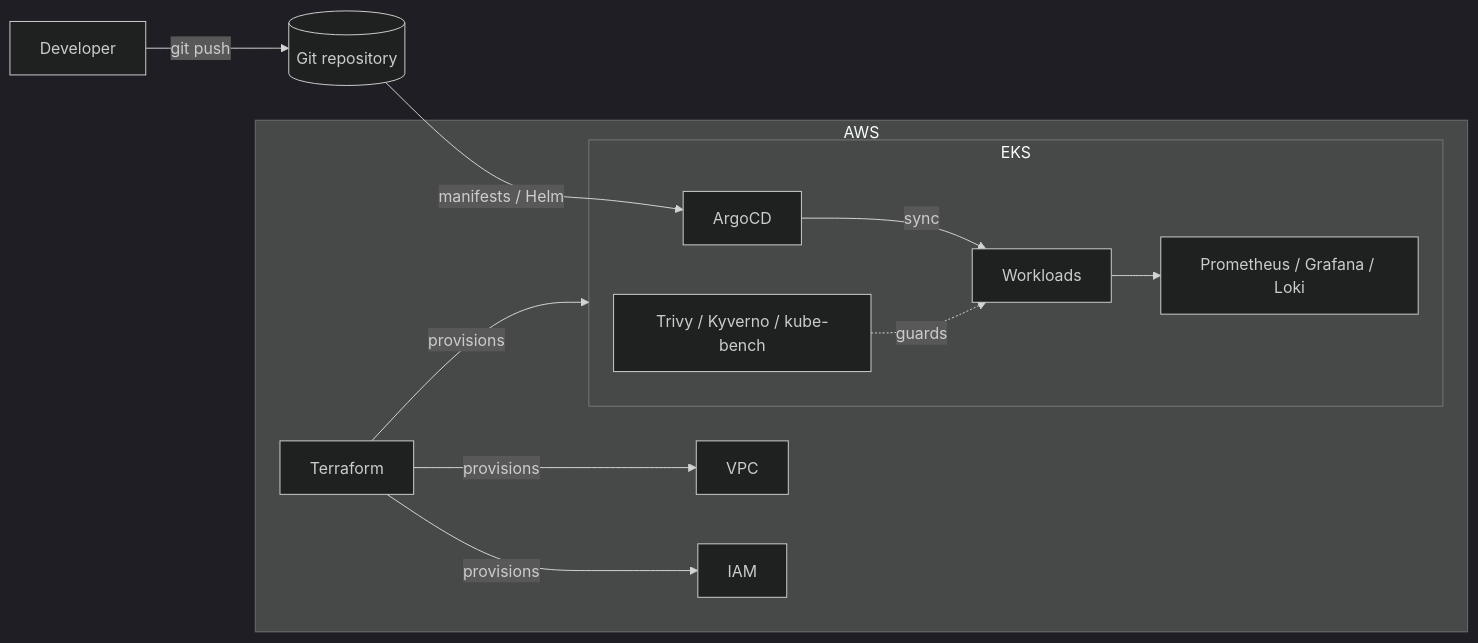
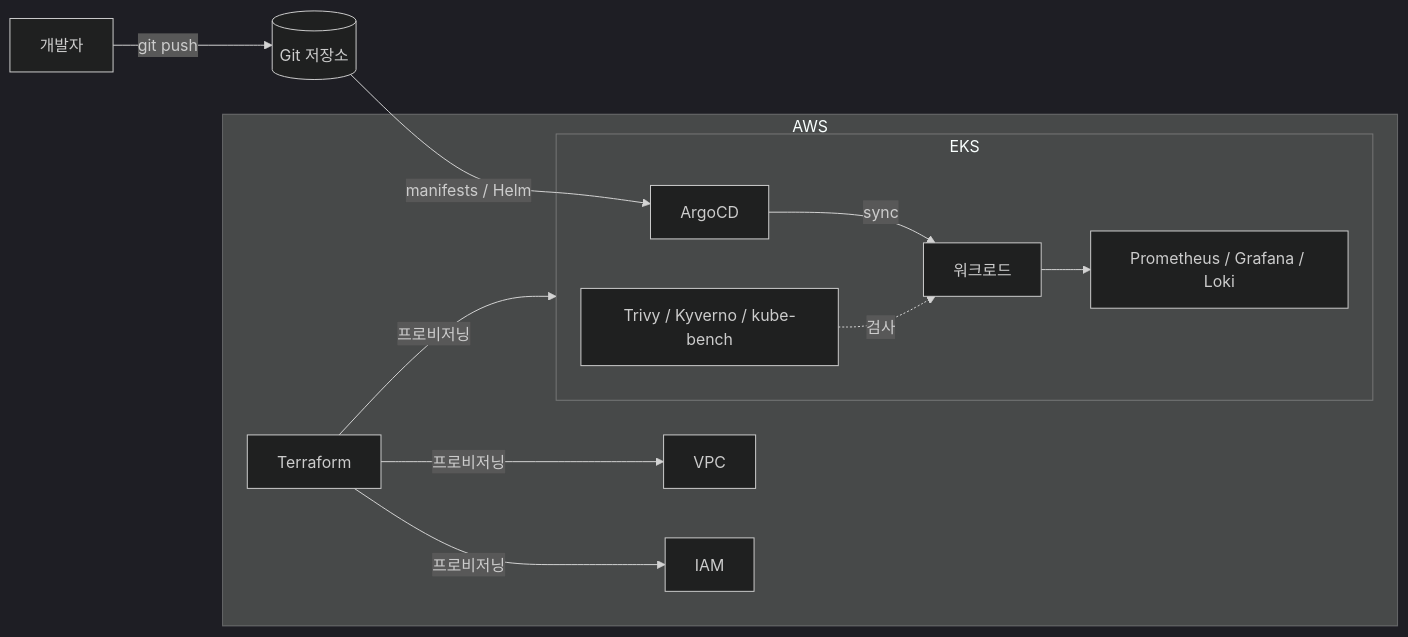
One commit to GWANG-MIN1/eks-gitops-platform changed the diagram in README.md. Above: the diagram before and after it, drawn with Mermaid (dark theme). The commit also changed other lines of this file, not shown here.

````diff
--- a/README.md
+++ b/README.md
@@ -27,17 +25,17 @@
 ```mermaid
 flowchart LR
-    Dev[Developer] -->|git push| Repo[(Git repository)]
+    Dev[개발자] -->|git push| Repo[(Git 저장소)]
     Repo -->|manifests / Helm| Argo[ArgoCD]
 
     subgraph AWS
-        TF[Terraform] -->|provisions| VPC
-        TF -->|provisions| EKS[(EKS cluster)]
-        TF -->|provisions| IAM
+        TF[Terraform] -->|프로비저닝| VPC
+        TF -->|프로비저닝| EKS[(EKS 클러스터)]
+        TF -->|프로비저닝| IAM
 
         subgraph EKS
-            Argo -->|sync| Apps[Workloads]
+            Argo -->|sync| Apps[워크로드]
             Apps --> Obs[Prometheus / Grafana / Loki]
-            Sec[Trivy / Kyverno / kube-bench] -.guards.-> Apps
+            Sec[Trivy / Kyverno / kube-bench] -.검사.-> Apps
         end
     end
 ```
````
